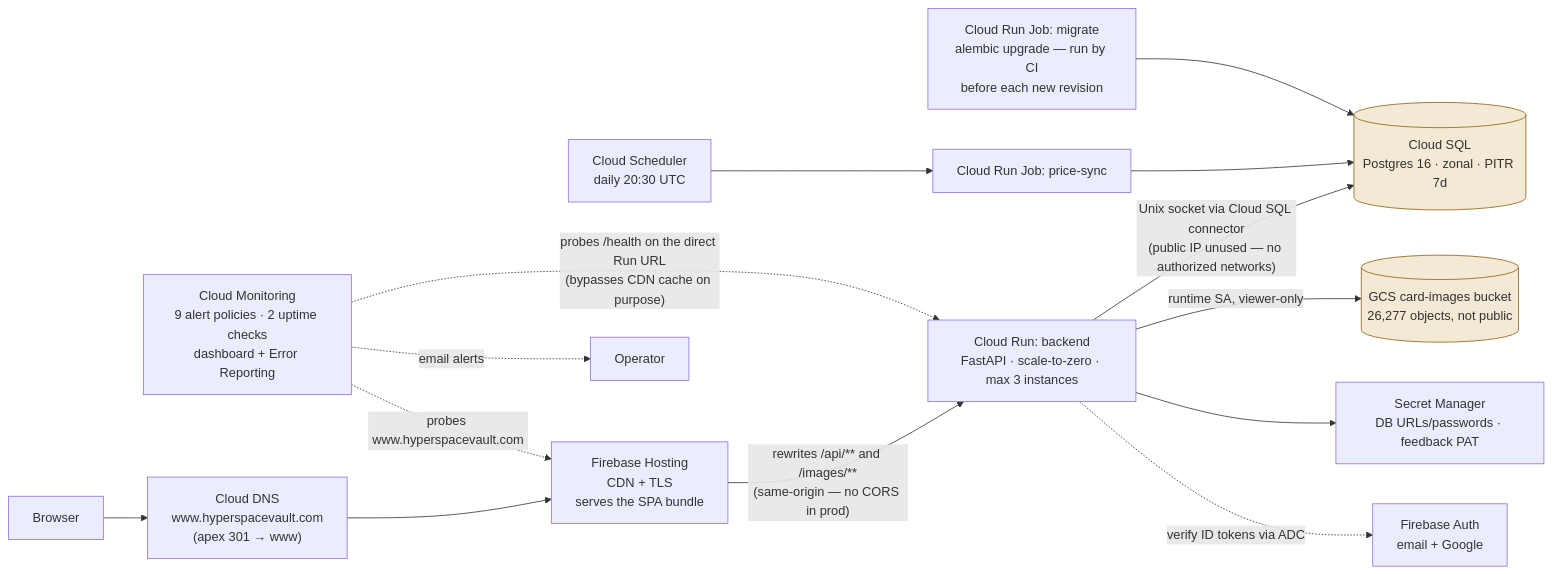
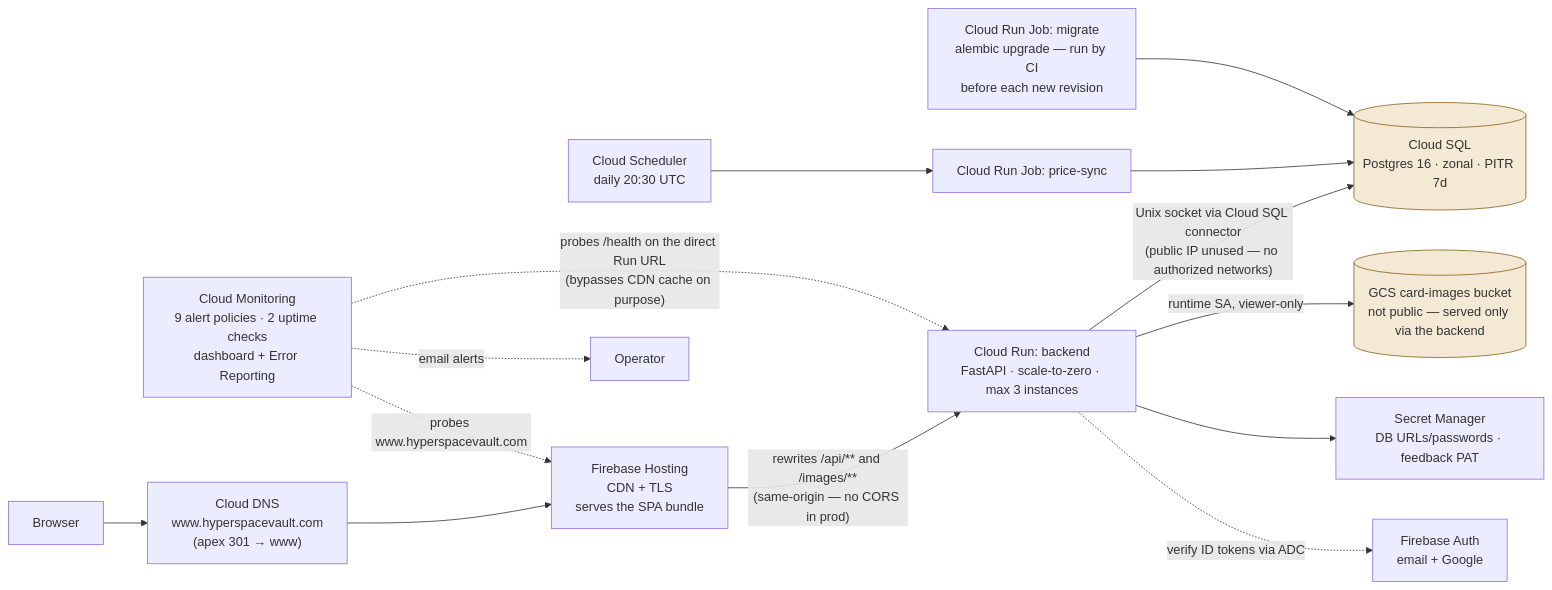
The first of 2 diagrams in specification_documents/architecture/Architecture_Physical.md (whitebreadisu/hyperspacevault), drawn with Mermaid before and after one commit. The commit also changed other lines of this file and 11 other files, not shown here.

First line of the commit message:
docs: BL-231 accuracy sweep — HISTORY through v1.4, README features, ADR index/0008, spec fixes, architecture regeneration (#156)

````diff
--- a/specification_documents/architecture/Architecture_Physical.md
+++ b/specification_documents/architecture/Architecture_Physical.md
@@ -13,22 +13,22 @@
 ```mermaid
 flowchart LR
   user["Browser"] --> dns["Cloud DNS<br/>www.hyperspacevault.com<br/>(apex 301 → www)"]
   dns --> hosting["Firebase Hosting<br/>CDN + TLS<br/>serves the SPA bundle"]
   hosting -->|"rewrites /api/** and /images/**<br/>(same-origin — no CORS in prod)"| run["Cloud Run: backend<br/>FastAPI · scale-to-zero · max 3 instances"]
 
   run -->|"Unix socket via Cloud SQL connector<br/>(public IP unused — no authorized networks)"| sql[("Cloud SQL<br/>Postgres 16 · zonal · PITR 7d")]
-  run -->|"runtime SA, viewer-only"| gcs[("GCS card-images bucket<br/>26,277 objects, not public")]
+  run -->|"runtime SA, viewer-only"| gcs[("GCS card-images bucket<br/>not public — served only via the backend")]
   run --> sm["Secret Manager<br/>DB URLs/passwords · feedback PAT"]
   run -.->|"verify ID tokens via ADC"| fauth["Firebase Auth<br/>email + Google"]
 
   sched["Cloud Scheduler<br/>daily 20:30 UTC"] --> psync["Cloud Run Job: price-sync"]
   psync --> sql
   migrate["Cloud Run Job: migrate<br/>alembic upgrade — run by CI<br/>before each new revision"] --> sql
 
   mon["Cloud Monitoring<br/>9 alert policies · 2 uptime checks<br/>dashboard + Error Reporting"] -.->|"email alerts"| owner["Operator"]
   mon -.->|"probes /health on the direct Run URL<br/>(bypasses CDN cache on purpose)"| run
   mon -.->|"probes www.hyperspacevault.com"| hosting
 
   classDef store fill:#F3E9D4,stroke:#8A6116;
   class sql,gcs store;
 ```
````
